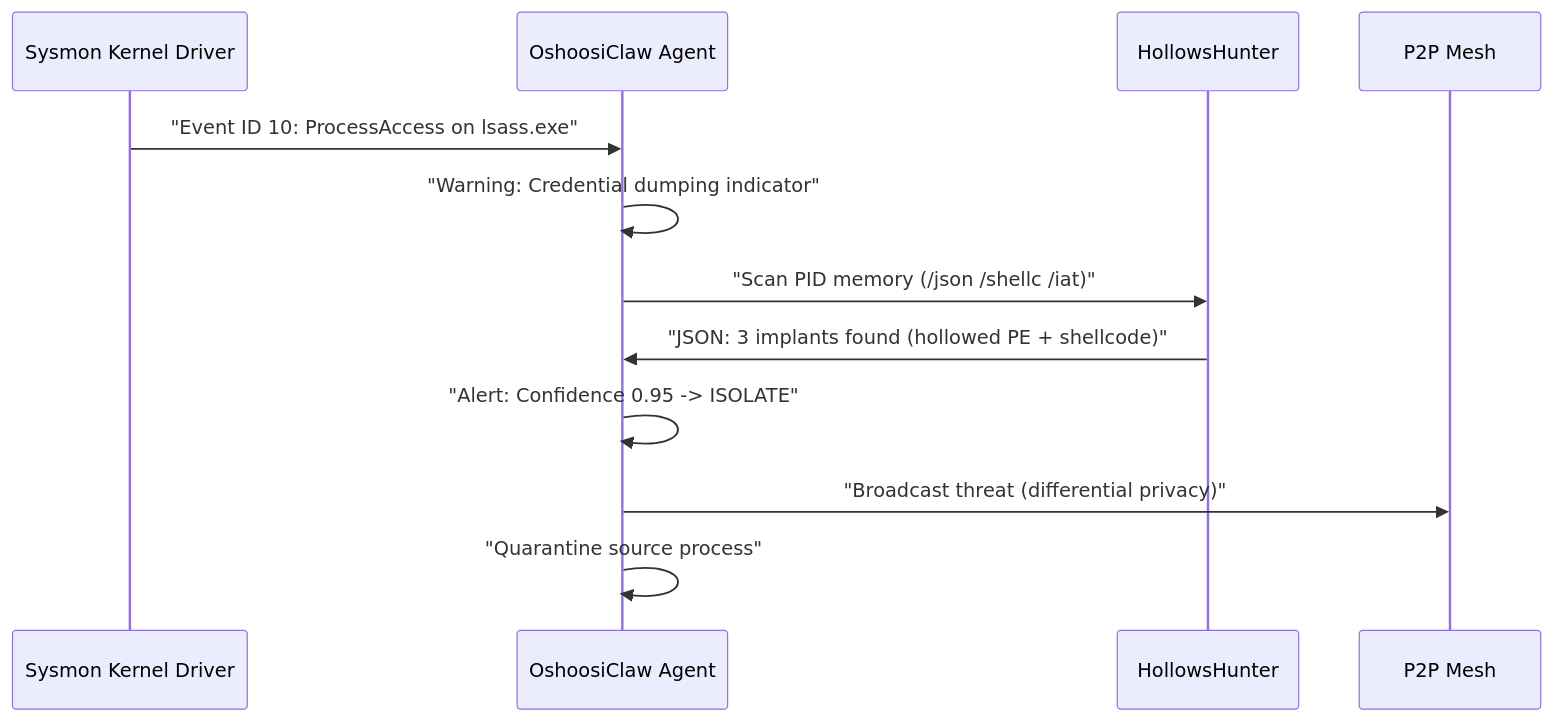
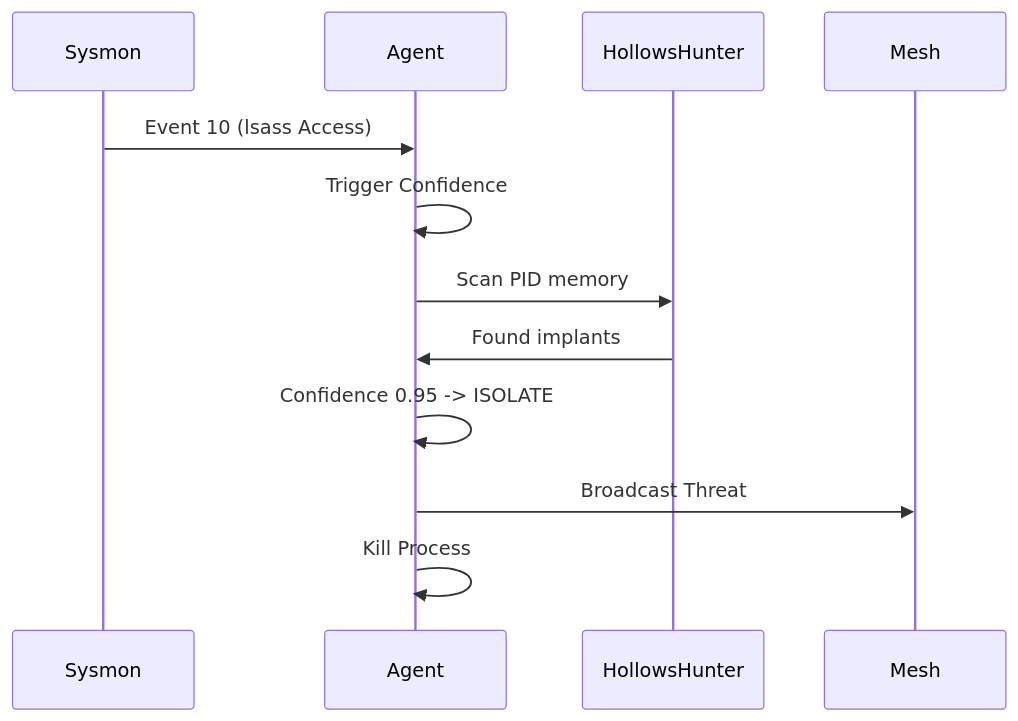
One commit to oyesanyf/OshoosiClaw changed the third of 3 diagrams in README.md. Above: the diagram before and after it, drawn with Mermaid. The commit also changed other lines of this file and 2 other files, not shown here.

Commit message:
feat: improve AI docs, fix GitHub Mermaid rendering, add favicon, and optimize OpenShell install logic

````diff
--- a/README.md
+++ b/README.md
@@ -124,15 +137,15 @@
 ```mermaid
 sequenceDiagram
-    participant K as Sysmon Kernel Driver
-    participant O as OshoosiClaw Agent
+    participant K as Sysmon
+    participant O as Agent
     participant H as HollowsHunter
-    participant M as P2P Mesh
+    participant M as Mesh
     
-    K->>O: "Event ID 10: ProcessAccess on lsass.exe"
-    O->>O: "Warning: Credential dumping indicator"
-    O->>H: "Scan PID memory (/json /shellc /iat)"
-    H->>O: "JSON: 3 implants found (hollowed PE + shellcode)"
-    O->>O: "Alert: Confidence 0.95 -> ISOLATE"
-    O->>M: "Broadcast threat (differential privacy)"
-    O->>O: "Quarantine source process"
+    K->>O: Event 10 (lsass Access)
+    O->>O: Trigger Confidence
+    O->>H: Scan PID memory
+    H->>O: Found implants
+    O->>O: Confidence 0.95 -> ISOLATE
+    O->>M: Broadcast Threat
+    O->>O: Kill Process
 ```
````
